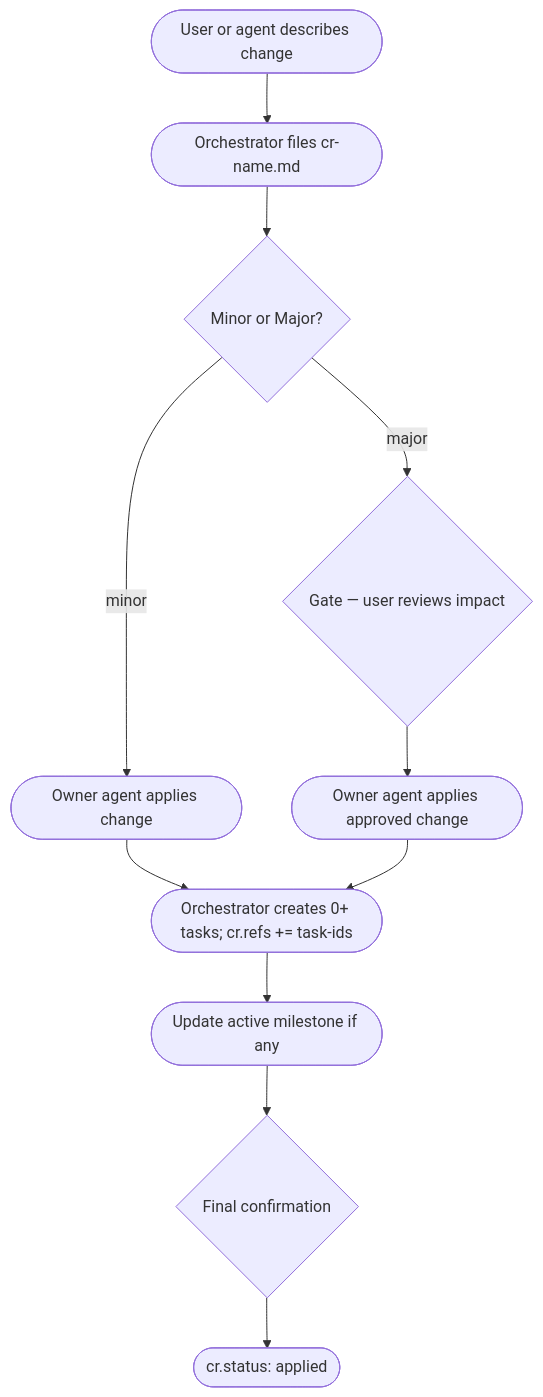
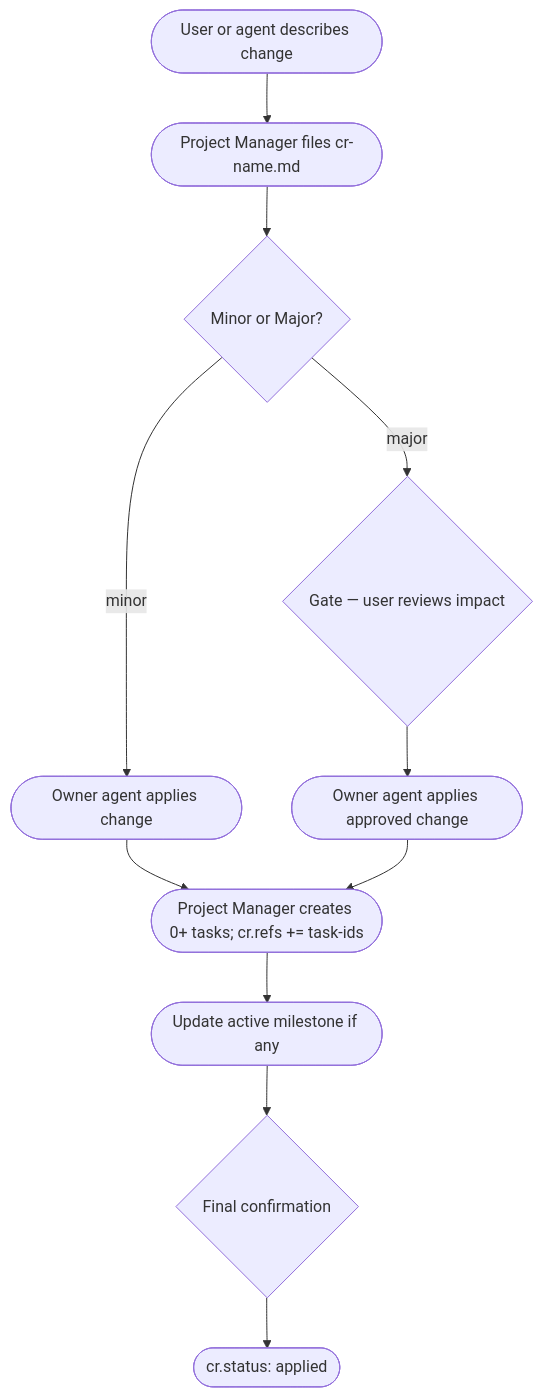
The third of 3 diagrams in handbook/sdlc-workflows.md (clitetailor/artifact-driven-development), drawn with Mermaid before and after one commit. The commit also changed other lines of this file and 18 other files, not shown here.

````diff
--- a/handbook/sdlc-workflows.md
+++ b/handbook/sdlc-workflows.md
@@ -210,13 +210,13 @@
 ```mermaid
 flowchart TD
-    START([User or agent describes change]) --> CR([Orchestrator files cr-name.md])
+    START([User or agent describes change]) --> CR([Project Manager files cr-name.md])
     CR --> ROUTE{Minor or Major?}
     ROUTE -- minor --> APPLY1([Owner agent applies change])
     ROUTE -- major --> GMAJOR{Gate — user reviews impact}
     GMAJOR --> APPLY2([Owner agent applies approved change])
-    APPLY1 --> TASKS([Orchestrator creates 0+ tasks; cr.refs += task-ids])
+    APPLY1 --> TASKS([Project Manager creates 0+ tasks; cr.refs += task-ids])
     APPLY2 --> TASKS
     TASKS --> MILE([Update active milestone if any])
     MILE --> GFINAL{Final confirmation}
     GFINAL --> DONE([cr.status: applied])
 ```
````
